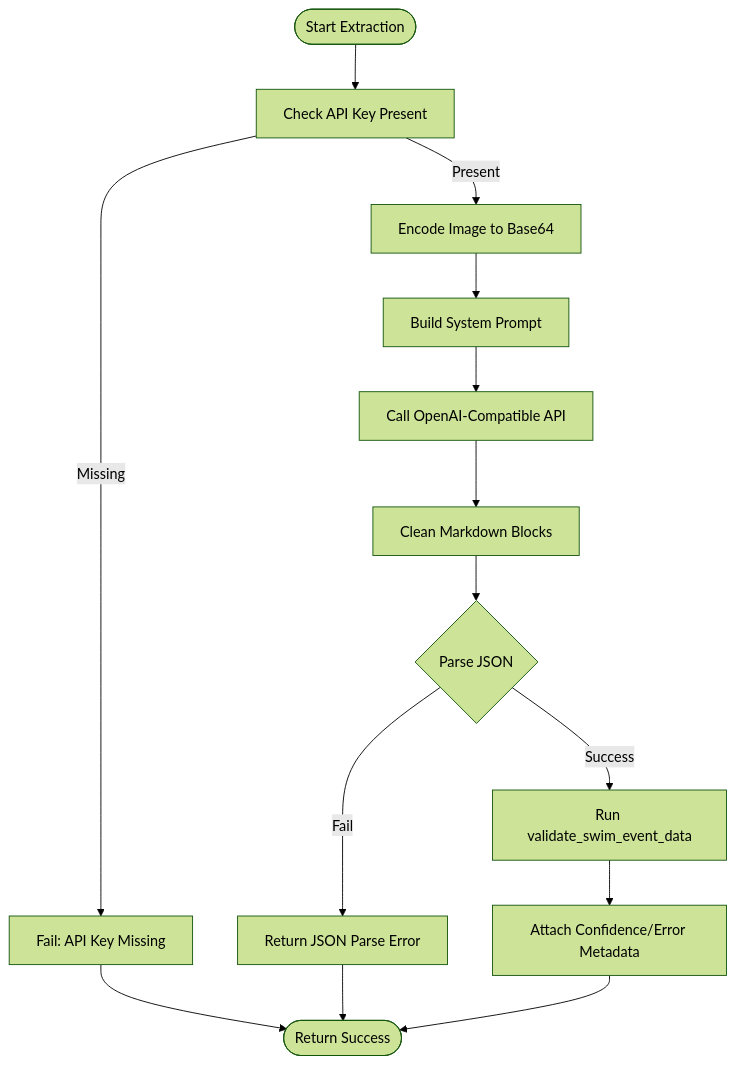
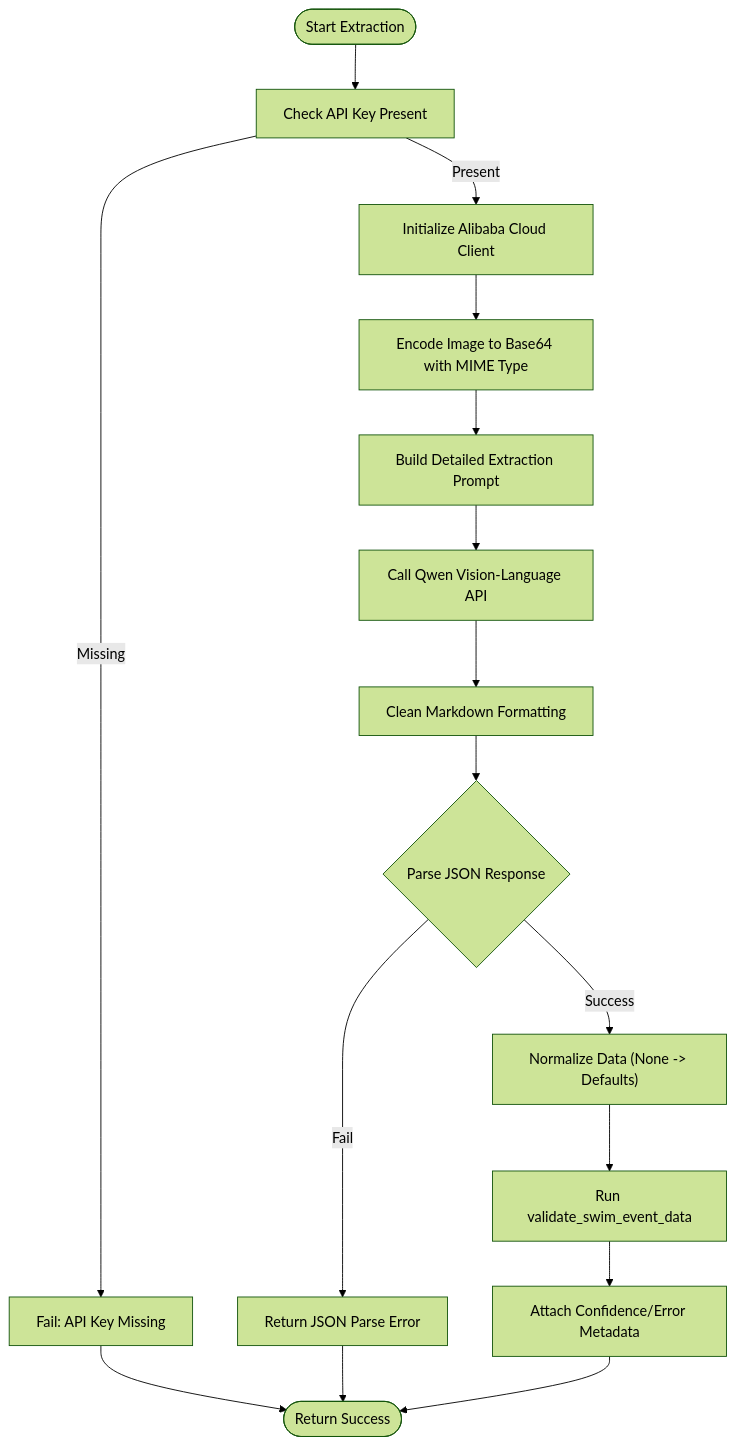
The fifth of 8 diagrams in .qoder/repowiki/en/content/Feature Modules/OCR Integration.md (Johnny22056/SwimingStatus), drawn with Mermaid (forest theme) before and after one commit. The commit also changed other lines of this file and 8 other files, not shown here.

````diff
--- a/.qoder/repowiki/en/content/Feature Modules/OCR Integration.md
+++ b/.qoder/repowiki/en/content/Feature Modules/OCR Integration.md
@@ -239,16 +303,18 @@
 ```mermaid
 flowchart TD
 Start(["Start Extraction"]) --> CheckKey["Check API Key Present"]
 CheckKey --> |Missing| FailKey["Fail: API Key Missing"]
-CheckKey --> |Present| Encode["Encode Image to Base64"]
-Encode --> BuildPrompt["Build System Prompt"]
-BuildPrompt --> CallAPI["Call OpenAI-Compatible API"]
-CallAPI --> CleanResp["Clean Markdown Blocks"]
-CleanResp --> ParseJSON{"Parse JSON"}
+CheckKey --> |Present| InitClient["Initialize Alibaba Cloud Client"]
+InitClient --> Encode["Encode Image to Base64 with MIME Type"]
+Encode --> BuildPrompt["Build Detailed Extraction Prompt"]
+BuildPrompt --> CallAPI["Call Qwen Vision-Language API"]
+CallAPI --> CleanResp["Clean Markdown Formatting"]
+CleanResp --> ParseJSON{"Parse JSON Response"}
 ParseJSON --> |Fail| ParseErr["Return JSON Parse Error"]
-ParseJSON --> |Success| Validate["Run validate_swim_event_data"]
+ParseJSON --> |Success| Normalize["Normalize Data (None -> Defaults)"]
+Normalize --> Validate["Run validate_swim_event_data"]
 Validate --> AttachMeta["Attach Confidence/Error Metadata"]
 AttachMeta --> Done(["Return Success"])
 FailKey --> Done
 ParseErr --> Done
 ```
````
